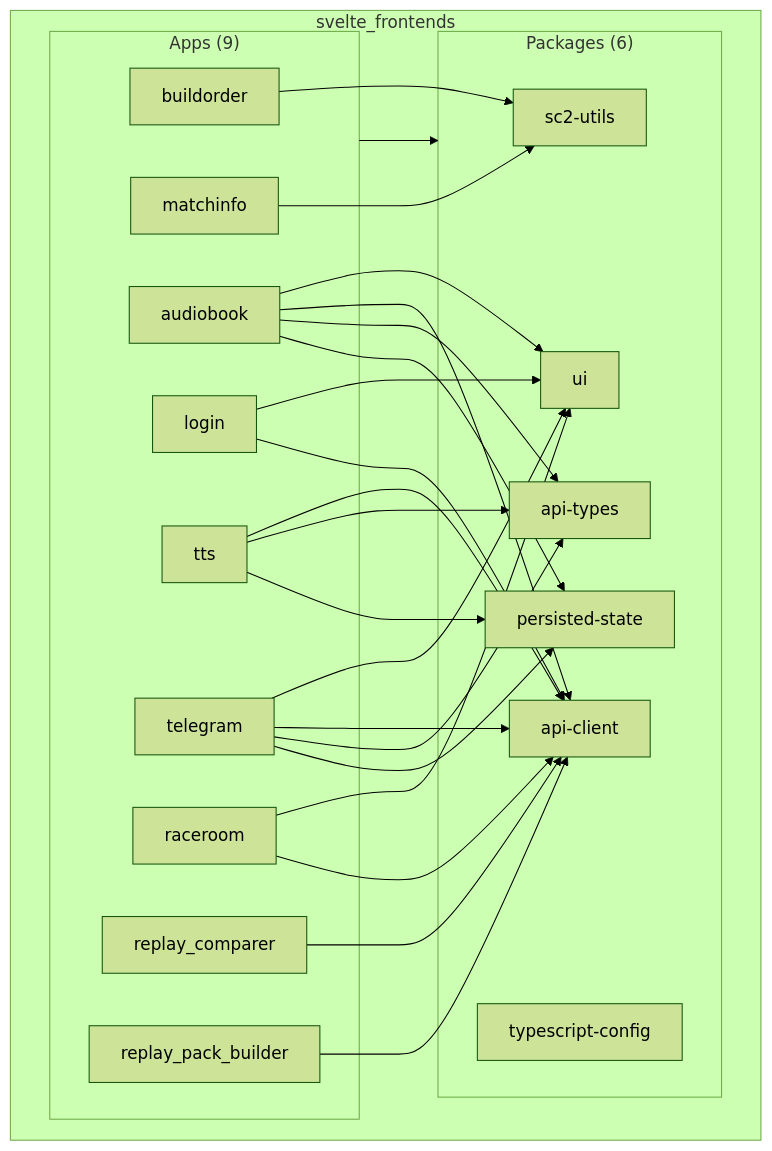
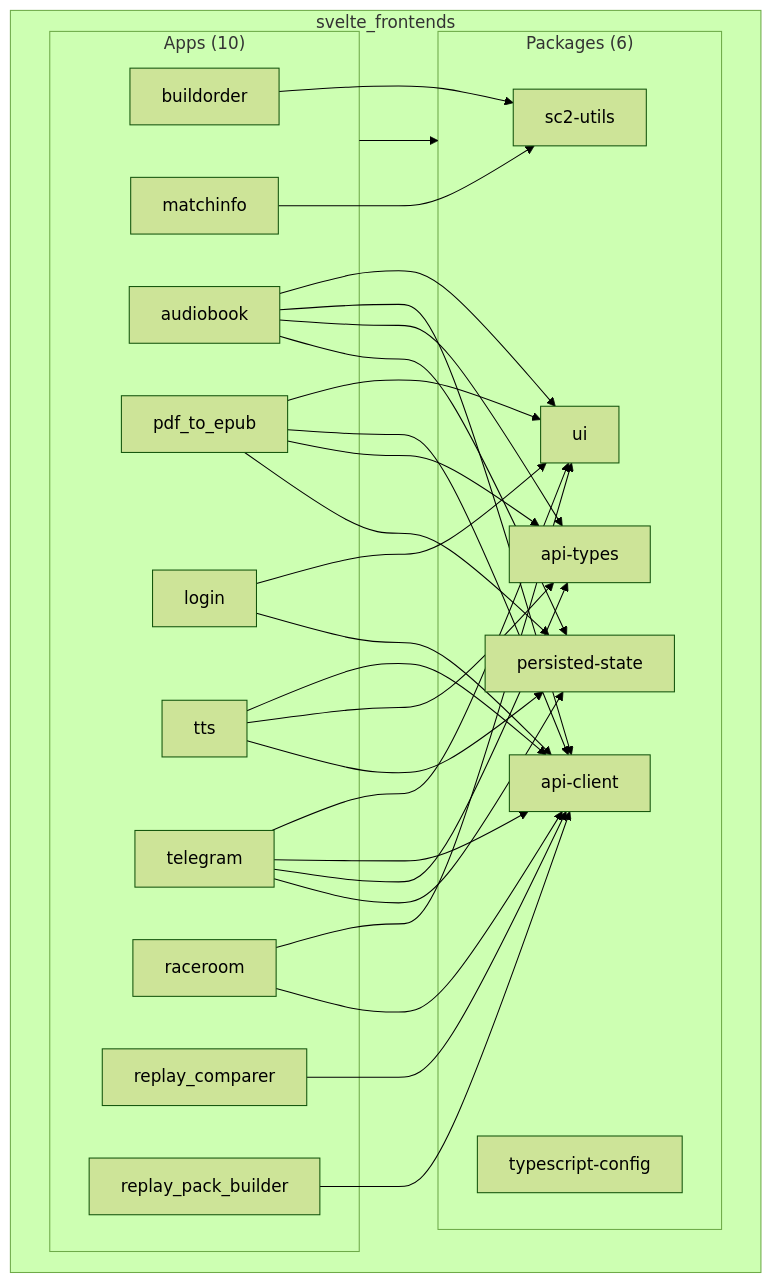
The first of 5 diagrams in svelte_frontends/README.md (BurnySc2/monorepo), drawn with Mermaid (forest theme) before and after one commit. The commit also changed other lines of this file and 25 other files, not shown here.

Commit message:
Add pdf to epub converter frontend

````diff
--- a/svelte_frontends/README.md
+++ b/svelte_frontends/README.md
@@ -7,46 +7,51 @@
 ```mermaid
 flowchart TB
     subgraph svelte_frontends["svelte_frontends"]
-        subgraph apps["Apps (9)"]
+        subgraph apps["Apps (10)"]
             buildorder[buildorder]
             matchinfo[matchinfo]
             replay_comparer[replay_comparer]
             replay_pack_builder[replay_pack_builder]
             raceroom[raceroom]
             audiobook[audiobook]
+            pdf_to_epub[pdf_to_epub]
             tts[tts]
             telegram[telegram]
             login[login]
         end
 
         subgraph packages["Packages (6)"]
             ui[ui]
             sc2_utils[sc2-utils]
             typescript_config[typescript-config]
             api_client[api-client]
             api_types[api-types]
             persisted_state[persisted-state]
         end
     end
 
     apps --> packages
     buildorder --> sc2_utils
     matchinfo --> sc2_utils
     audiobook --> ui
     audiobook --> api_client
     audiobook --> api_types
     audiobook --> persisted_state
+    pdf_to_epub --> ui
+    pdf_to_epub --> api_client
+    pdf_to_epub --> api_types
+    pdf_to_epub --> persisted_state
     login --> ui
     login --> api_client
     tts --> api_client
     tts --> api_types
     tts --> persisted_state
     telegram --> ui
     telegram --> api_client
     telegram --> api_types
     telegram --> persisted_state
     raceroom --> ui
     raceroom --> api_client
     replay_comparer --> api_client
     replay_pack_builder --> api_client
 ```
````
